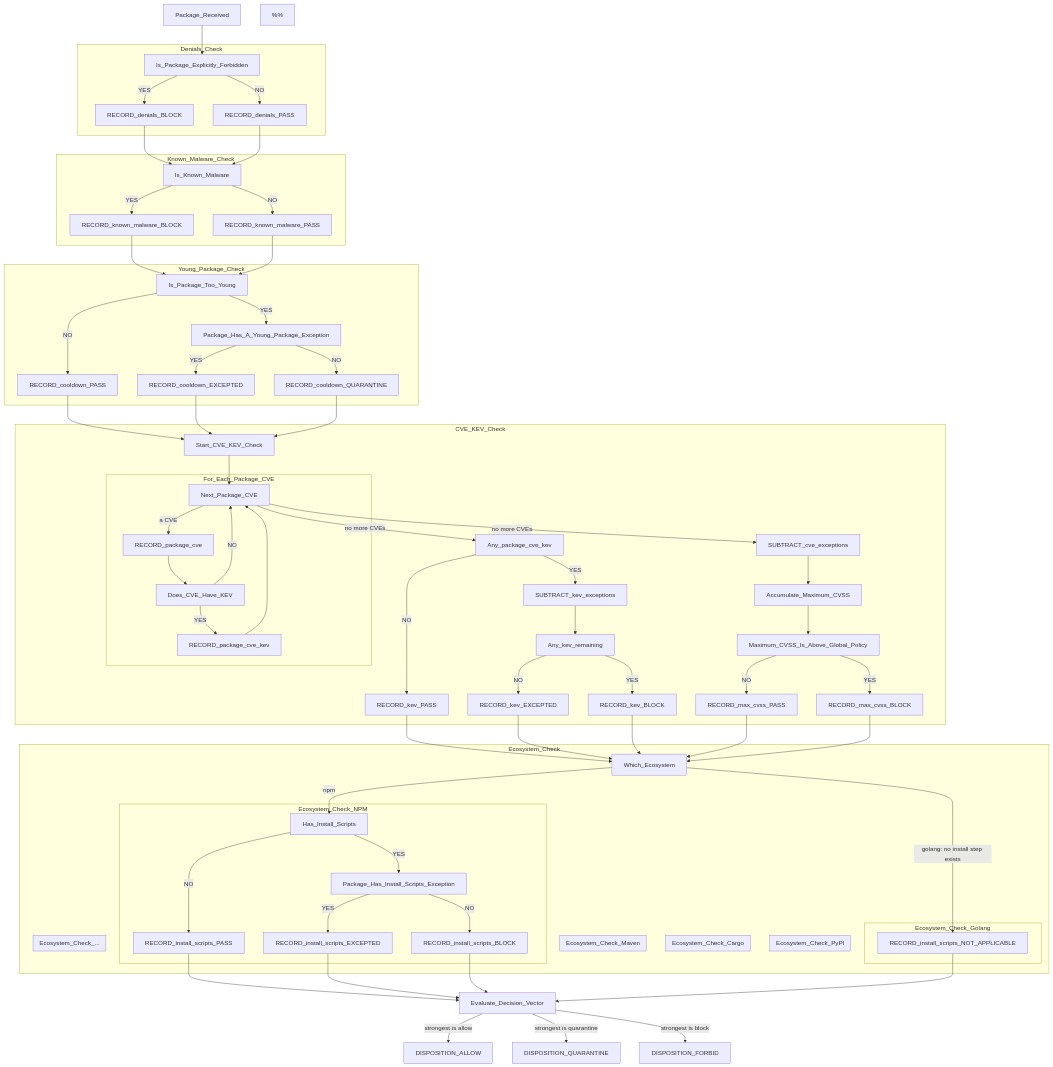
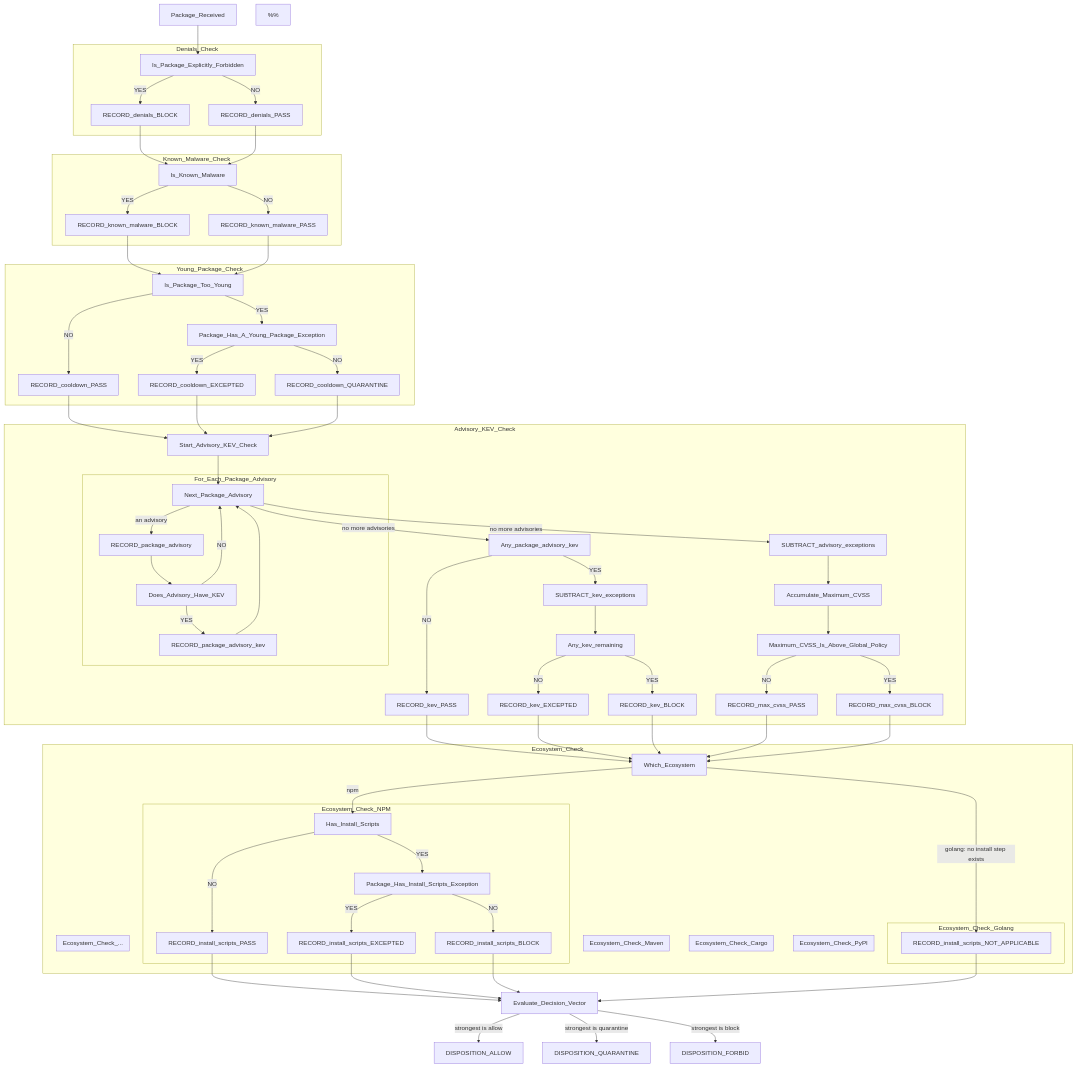
The diagram in docs/engineering_decisions/policy-tier-resolution.md (krishardy/byrle), drawn with Mermaid before and after one commit. The commit also changed other lines of this file and 22 other files, not shown here.

```diff
--- a/docs/engineering_decisions/policy-tier-resolution.md
+++ b/docs/engineering_decisions/policy-tier-resolution.md
@@ -46,41 +46,42 @@
   Package_Has_A_Young_Package_Exception --NO--> RECORD_cooldown_QUARANTINE
 end
 
-RECORD_cooldown_PASS --> Start_CVE_KEV_Check
-RECORD_cooldown_EXCEPTED --> Start_CVE_KEV_Check
-RECORD_cooldown_QUARANTINE --> Start_CVE_KEV_Check
+RECORD_cooldown_PASS --> Start_Advisory_KEV_Check
+RECORD_cooldown_EXCEPTED --> Start_Advisory_KEV_Check
+RECORD_cooldown_QUARANTINE --> Start_Advisory_KEV_Check
 
-%% KEV is an attribute of a CVE, not of a package: a KEV entry has a cveID and no
-%% package identifier of any kind. So it is asked once per CVE, inside the loop, and
+%% KEV is an attribute of a vulnerability advisory, not of a package: a KEV entry has a
+%% cveID and no package identifier of any kind. So it is asked once per advisory, inside
+%% the loop, and
 %% the two checks it feeds are recorded after it.
 
 %% Gather first, then subtract. The loop collects two sets and judges neither: every
-%% CVE, and the subset of them carrying a KEV. Exceptions are applied afterwards, as a
-%% set difference, which is what keeps a `cve_ids` exception out of the KEV answer.
+%% advisory, and the subset of them carrying a KEV. Exceptions are applied afterwards, as a
+%% set difference, which is what keeps a `vuln_advisory_ids` exception out of the KEV answer.
 %%
 %% The two chains below are independent. Neither reads the other's result, and the only
 %% thing they share is the loop that filled the sets.
-subgraph CVE_KEV_Check
-  Start_CVE_KEV_Check --> Next_Package_CVE
+subgraph Advisory_KEV_Check
+  Start_Advisory_KEV_Check --> Next_Package_Advisory
 
-  subgraph For_Each_Package_CVE
-    Next_Package_CVE
-    RECORD_package_cve
-    Does_CVE_Have_KEV
-    RECORD_package_cve_kev
+  subgraph For_Each_Package_Advisory
+    Next_Package_Advisory
+    RECORD_package_advisory
+    Does_Advisory_Have_KEV
+    RECORD_package_advisory_kev
 
-    Next_Package_CVE --a CVE--> RECORD_package_cve
-    RECORD_package_cve --> Does_CVE_Have_KEV
-    Does_CVE_Have_KEV --YES--> RECORD_package_cve_kev
-    Does_CVE_Have_KEV --NO--> Next_Package_CVE
-    RECORD_package_cve_kev --> Next_Package_CVE
+    Next_Package_Advisory --an advisory--> RECORD_package_advisory
+    RECORD_package_advisory --> Does_Advisory_Have_KEV
+    Does_Advisory_Have_KEV --YES--> RECORD_package_advisory_kev
+    Does_Advisory_Have_KEV --NO--> Next_Package_Advisory
+    RECORD_package_advisory_kev --> Next_Package_Advisory
   end
 
-  Next_Package_CVE --no more CVEs--> SUBTRACT_cve_exceptions
-  Next_Package_CVE --no more CVEs--> Any_package_cve_kev
+  Next_Package_Advisory --no more advisories--> SUBTRACT_advisory_exceptions
+  Next_Package_Advisory --no more advisories--> Any_package_advisory_kev
 
-  %% Score chain: every CVE, less the ones excepted by id.
-  SUBTRACT_cve_exceptions --> Accumulate_Maximum_CVSS
+  %% Score chain: every advisory, less the ones excepted by id.
+  SUBTRACT_advisory_exceptions --> Accumulate_Maximum_CVSS
   Accumulate_Maximum_CVSS --> Maximum_CVSS_Is_Above_Global_Policy
   Maximum_CVSS_Is_Above_Global_Policy --YES--> RECORD_max_cvss_BLOCK
   Maximum_CVSS_Is_Above_Global_Policy --NO--> RECORD_max_cvss_PASS
@@ -88,8 +89,8 @@
   %% Exploitation chain: the KEV subset, less the ones excepted. Asked before the
   %% subtraction as well as after, because "none at all" and "all of them excused" are
   %% different answers and only the second is an exception doing work.
-  Any_package_cve_kev --NO--> RECORD_kev_PASS
-  Any_package_cve_kev --YES--> SUBTRACT_kev_exceptions
+  Any_package_advisory_kev --NO--> RECORD_kev_PASS
+  Any_package_advisory_kev --YES--> SUBTRACT_kev_exceptions
   SUBTRACT_kev_exceptions --> Any_kev_remaining
   Any_kev_remaining --YES--> RECORD_kev_BLOCK
   Any_kev_remaining --NO--> RECORD_kev_EXCEPTED
```
